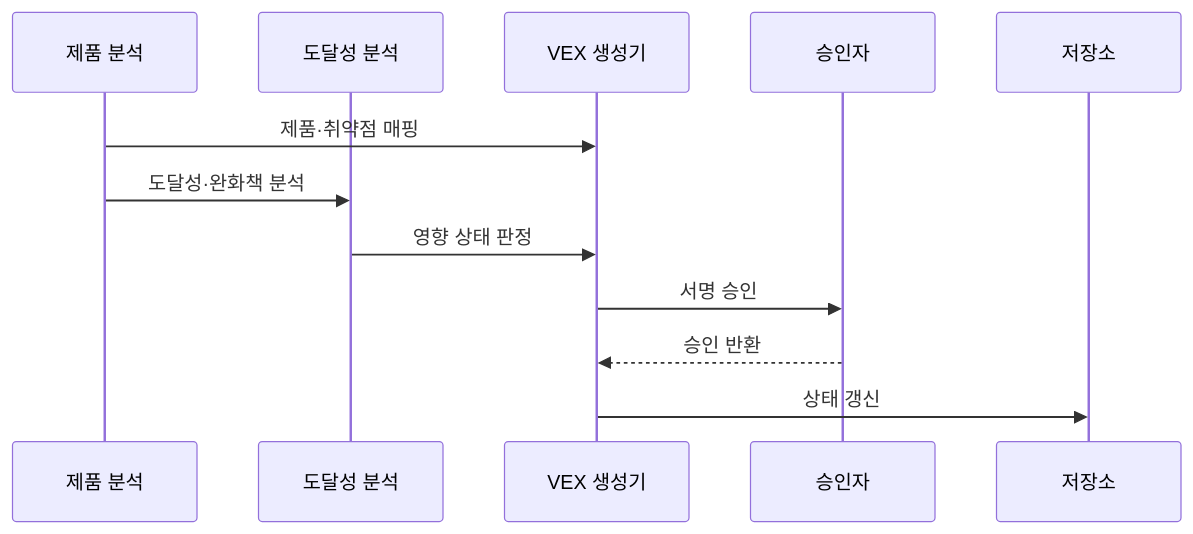
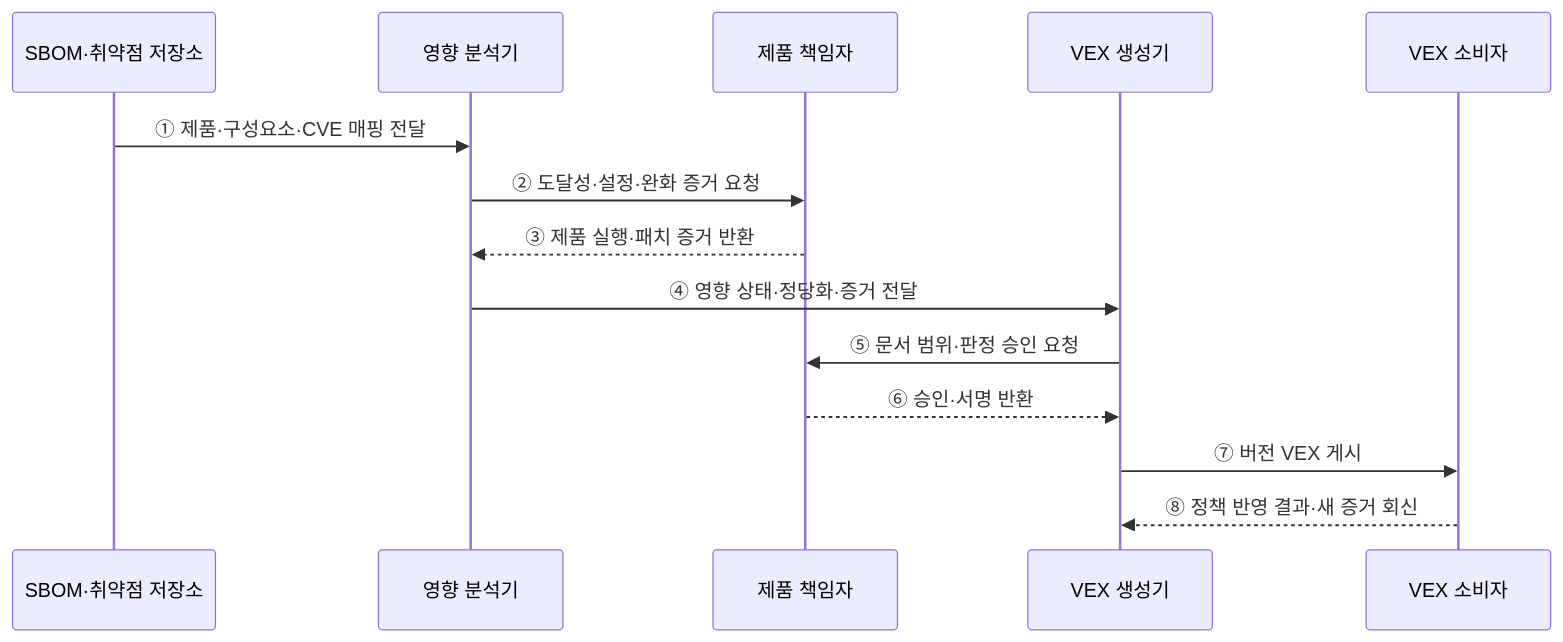
One commit to agnusdei1207/knowledge-base changed the second of 2 diagrams in src/content/docs/notes/03-software/184_vex.md. Above: the diagram before and after it, drawn with Mermaid. The commit also changed other lines of this file and 12 other files, not shown here.

````diff
--- a/src/content/docs/notes/03-software/184_vex.md
+++ b/src/content/docs/notes/03-software/184_vex.md
@@ -83,14 +73,16 @@
 ```mermaid
 sequenceDiagram
-    participant P as 제품 분석
-    participant R as 도달성 분석
+    participant S as SBOM·취약점 저장소
+    participant A as 영향 분석기
+    participant P as 제품 책임자
     participant V as VEX 생성기
-    participant A as 승인자
-    participant S as 저장소
-    P->>V: 제품·취약점 매핑
-    P->>R: 도달성·완화책 분석
-    R->>V: 영향 상태 판정
-    V->>A: 서명 승인
-    A-->>V: 승인 반환
-    V->>S: 상태 갱신
+    participant C as VEX 소비자
+    S->>A: ① 제품·구성요소·CVE 매핑 전달
+    A->>P: ② 도달성·설정·완화 증거 요청
+    P-->>A: ③ 제품 실행·패치 증거 반환
+    A->>V: ④ 영향 상태·정당화·증거 전달
+    V->>P: ⑤ 문서 범위·판정 승인 요청
+    P-->>V: ⑥ 승인·서명 반환
+    V->>C: ⑦ 버전 VEX 게시
+    C-->>V: ⑧ 정책 반영 결과·새 증거 회신
 ```
````
